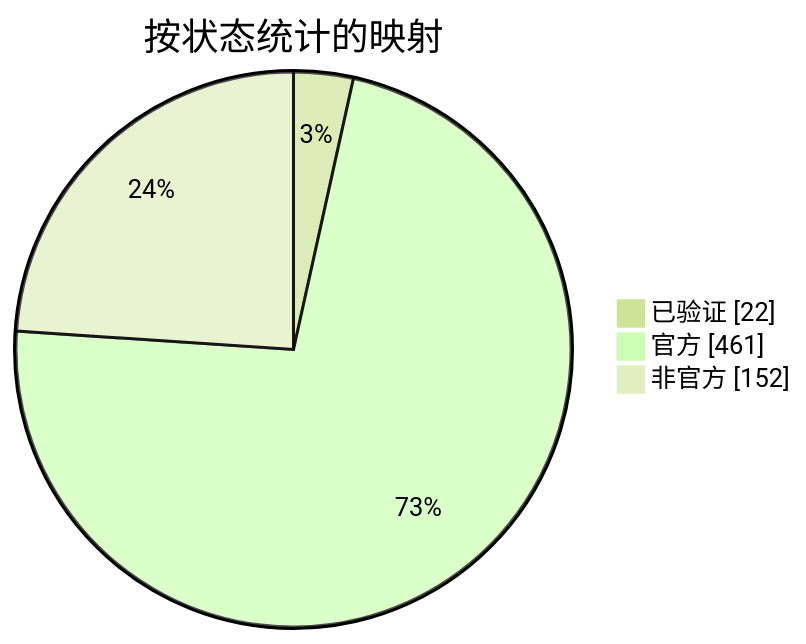
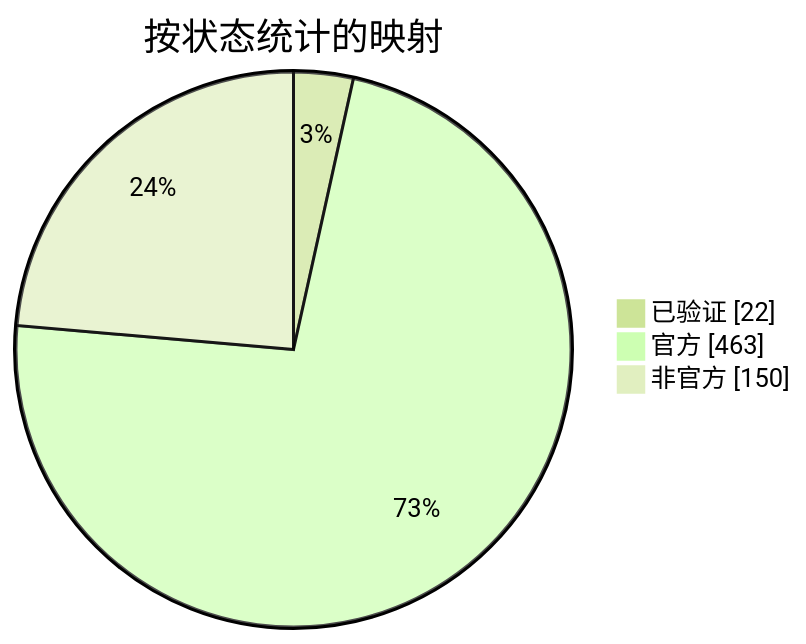
The diagram in docs/readme/README_ZHS.md (nobrega8/mbmap-library), drawn with Mermaid (forest theme) before and after one commit. The commit also changed 7 other files, not shown here.

````diff
--- a/docs/readme/README_ZHS.md
+++ b/docs/readme/README_ZHS.md
@@ -54,7 +54,7 @@
 ```mermaid
 pie showData
     title 按状态统计的映射
     "已验证" : 22
-    "官方" : 461
-    "非官方" : 152
+    "官方" : 463
+    "非官方" : 150
 ```
````
